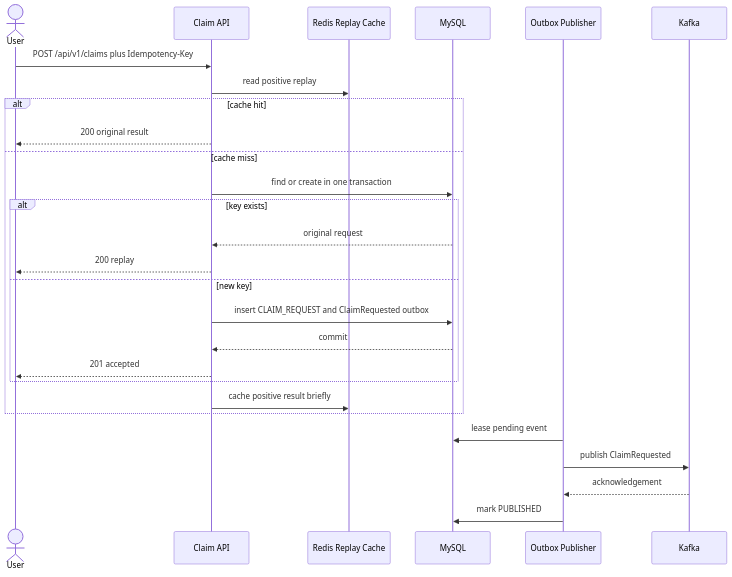
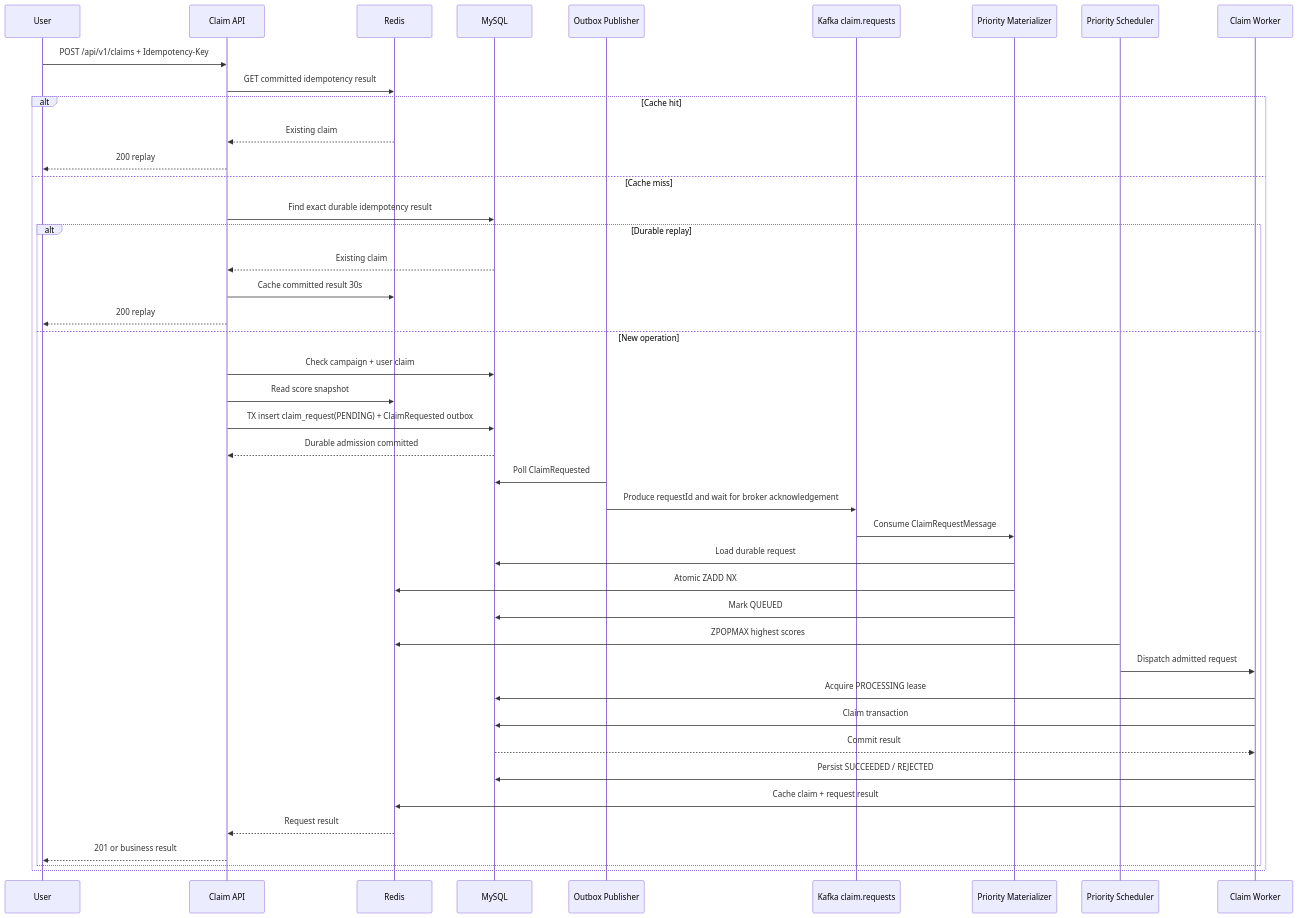
The ninth of 13 diagrams in SOLUTION.md (PhamDinhDuy-2508/Voucher-claim-system), drawn with Mermaid before and after one commit. The commit also changed other lines of this file, not shown here.

Commit message:
Restore complete English solution diagrams

````diff
--- a/SOLUTION.md
+++ b/SOLUTION.md
@@ -211,30 +440,46 @@
 ```mermaid
-    sequenceDiagram
-        actor User
-        participant API as Claim API
-        participant Cache as Redis Replay Cache
-        participant DB as MySQL
-        participant Publisher as Outbox Publisher
-        participant Kafka
+sequenceDiagram
+    participant U as User
+    participant API as Claim API
+    participant R as Redis
+    participant DB as MySQL
+    participant O as Outbox Publisher
+    participant K as Kafka claim.requests
+    participant M as Priority Materializer
+    participant S as Priority Scheduler
+    participant W as Claim Worker
 
-        User->>API: POST /api/v1/claims plus Idempotency-Key
-        API->>Cache: read positive replay
-        alt cache hit
-            API-->>User: 200 original result
-        else cache miss
-            API->>DB: find or create in one transaction
-            alt key exists
-                DB-->>API: original request
-                API-->>User: 200 replay
-            else new key
-                API->>DB: insert CLAIM_REQUEST and ClaimRequested outbox
-                DB-->>API: commit
-                API-->>User: 201 accepted
-            end
-            API->>Cache: cache positive result briefly
+    U->>API: POST /api/v1/claims + Idempotency-Key
+    API->>R: GET committed idempotency result
+    alt Cache hit
+        R-->>API: Existing claim
+        API-->>U: 200 replay
+    else Cache miss
+        API->>DB: Find exact durable idempotency result
+        alt Durable replay
+            DB-->>API: Existing claim
+            API->>R: Cache committed result 30s
+            API-->>U: 200 replay
+        else New operation
+            API->>DB: Check campaign + user claim
+            API->>R: Read score snapshot
+            API->>DB: TX insert claim_request(PENDING) + ClaimRequested outbox
+            DB-->>API: Durable admission committed
+            O->>DB: Poll ClaimRequested
+            O->>K: Produce requestId and wait for broker acknowledgement
+            K->>M: Consume ClaimRequestMessage
+            M->>DB: Load durable request
+            M->>R: Atomic ZADD NX
+            M->>DB: Mark QUEUED
+            S->>R: ZPOPMAX highest scores
+            S->>W: Dispatch admitted request
+            W->>DB: Acquire PROCESSING lease
+            W->>DB: Claim transaction
+            DB-->>W: Commit result
+            W->>DB: Persist SUCCEEDED / REJECTED
+            W->>R: Cache claim + request result
+            R-->>API: Request result
+            API-->>U: 201 or business result
         end
-        Publisher->>DB: lease pending event
-        Publisher->>Kafka: publish ClaimRequested
-        Kafka-->>Publisher: acknowledgement
-        Publisher->>DB: mark PUBLISHED
+    end
 ```
````
